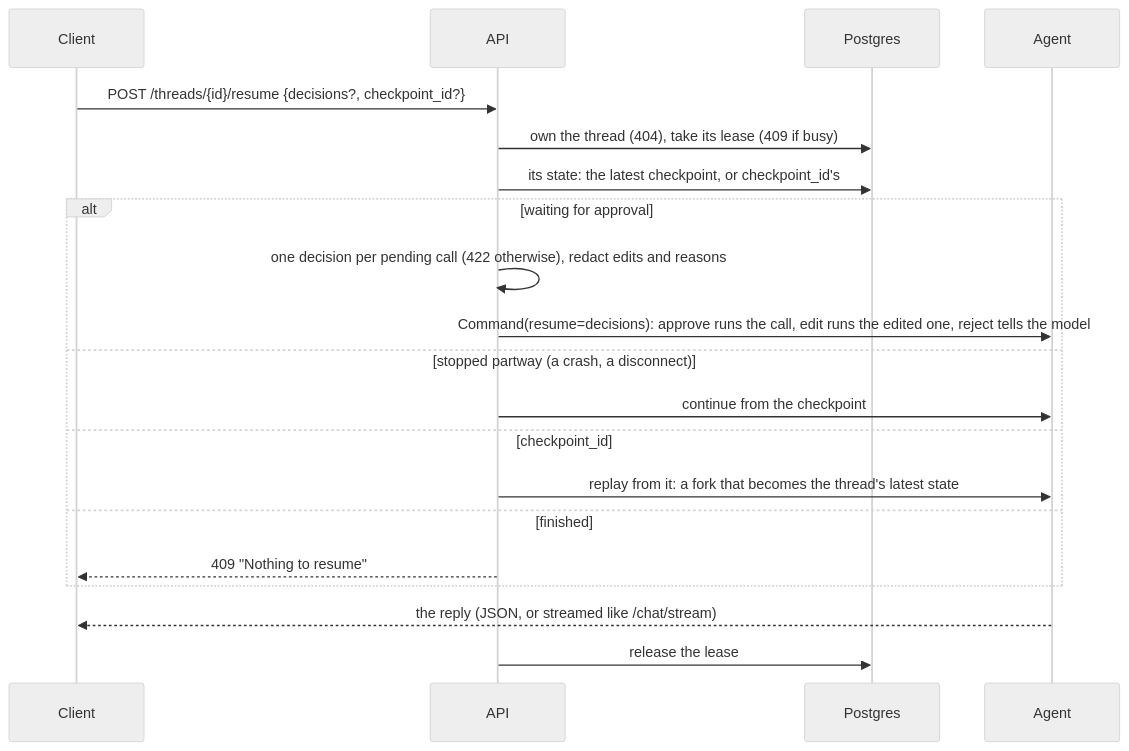
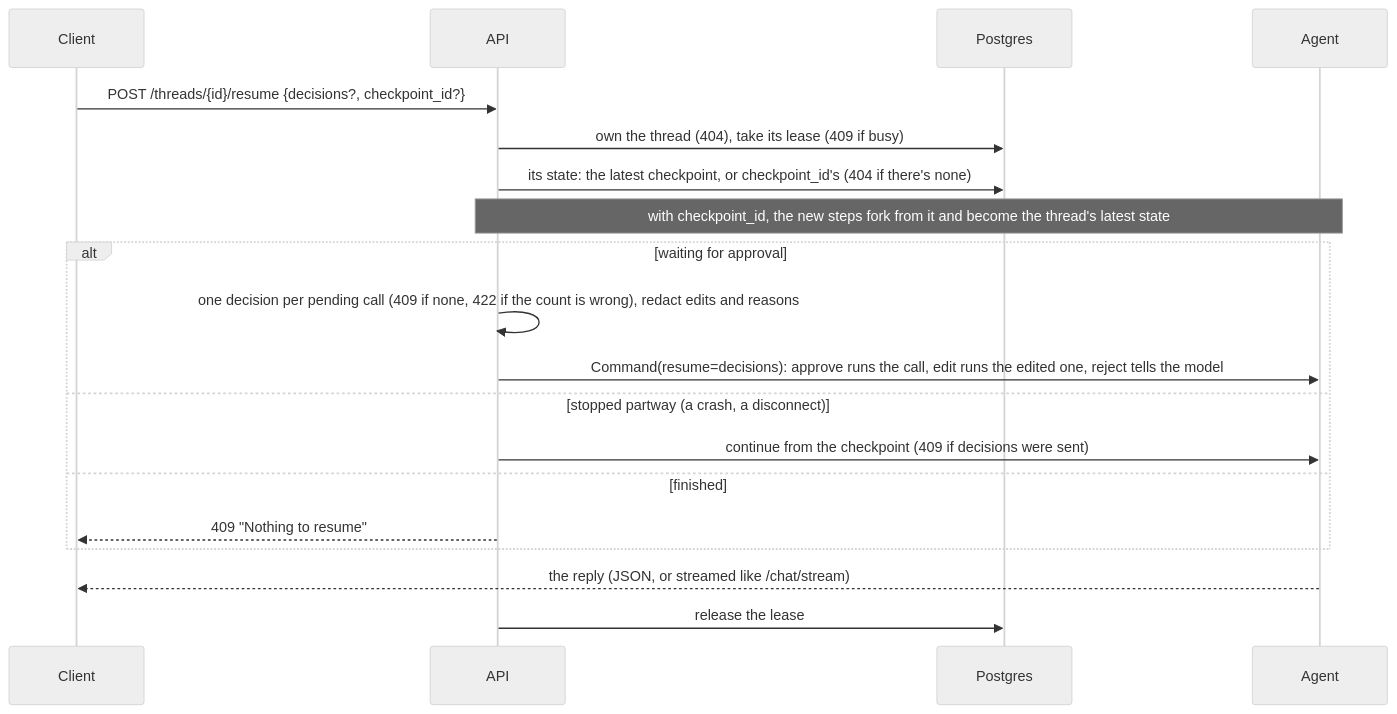
One commit to Anirudh1905/agentic-ai-chatbot changed the fourth of 9 diagrams in docs/api.md. Above: the diagram before and after it, drawn with Mermaid (neutral theme). The commit also changed other lines of this file and 72 other files, not shown here.

````diff
--- a/docs/api.md
+++ b/docs/api.md
@@ -149,22 +155,21 @@
 ```mermaid
 sequenceDiagram
     participant C as Client
     participant API as API
     participant PG as Postgres
     participant A as Agent
     C->>API: POST /threads/{id}/resume {decisions?, checkpoint_id?}
     API->>PG: own the thread (404), take its lease (409 if busy)
-    API->>PG: its state: the latest checkpoint, or checkpoint_id's
+    API->>PG: its state: the latest checkpoint, or checkpoint_id's (404 if there's none)
+    Note over API,A: with checkpoint_id, the new steps fork from it and become the thread's latest state
     alt waiting for approval
-        API->>API: one decision per pending call (422 otherwise), redact edits and reasons
+        API->>API: one decision per pending call (409 if none, 422 if the count is wrong), redact edits and reasons
         API->>A: Command(resume=decisions): approve runs the call, edit runs the edited one, reject tells the model
     else stopped partway (a crash, a disconnect)
-        API->>A: continue from the checkpoint
-    else checkpoint_id
-        API->>A: replay from it: a fork that becomes the thread's latest state
+        API->>A: continue from the checkpoint (409 if decisions were sent)
     else finished
         API-->>C: 409 "Nothing to resume"
     end
     A-->>C: the reply (JSON, or streamed like /chat/stream)
     API->>PG: release the lease
 ```
````
